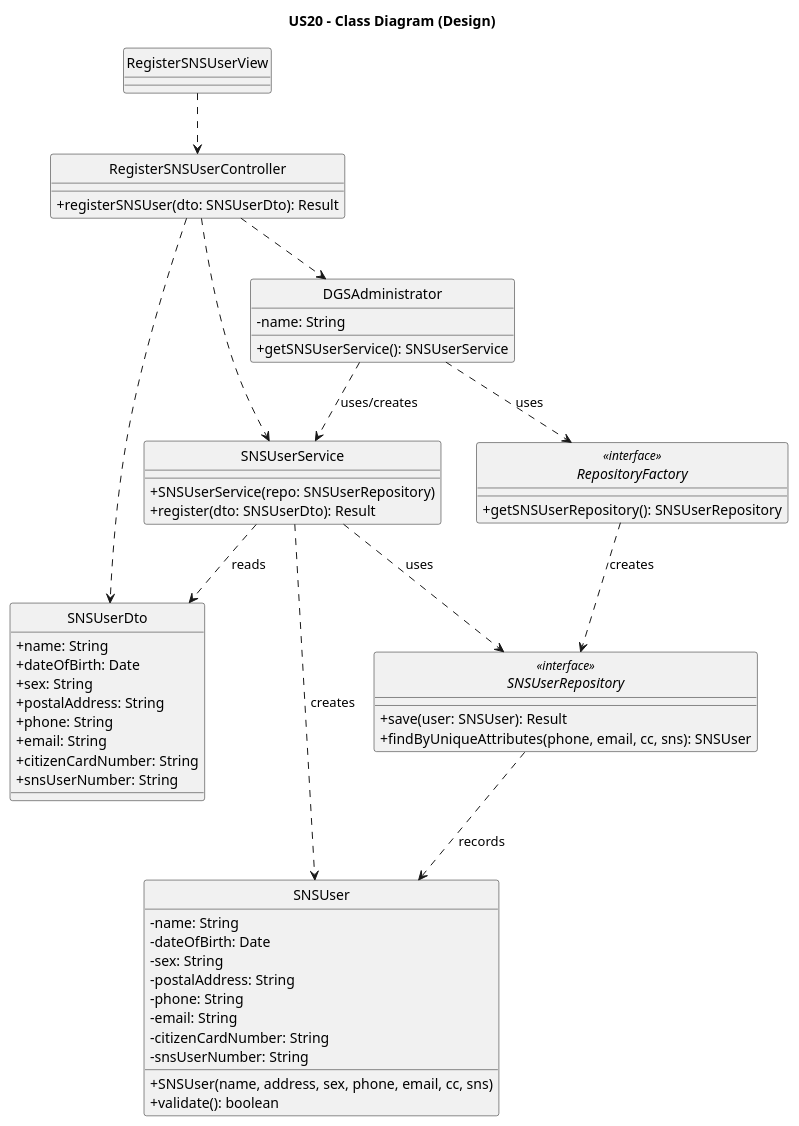
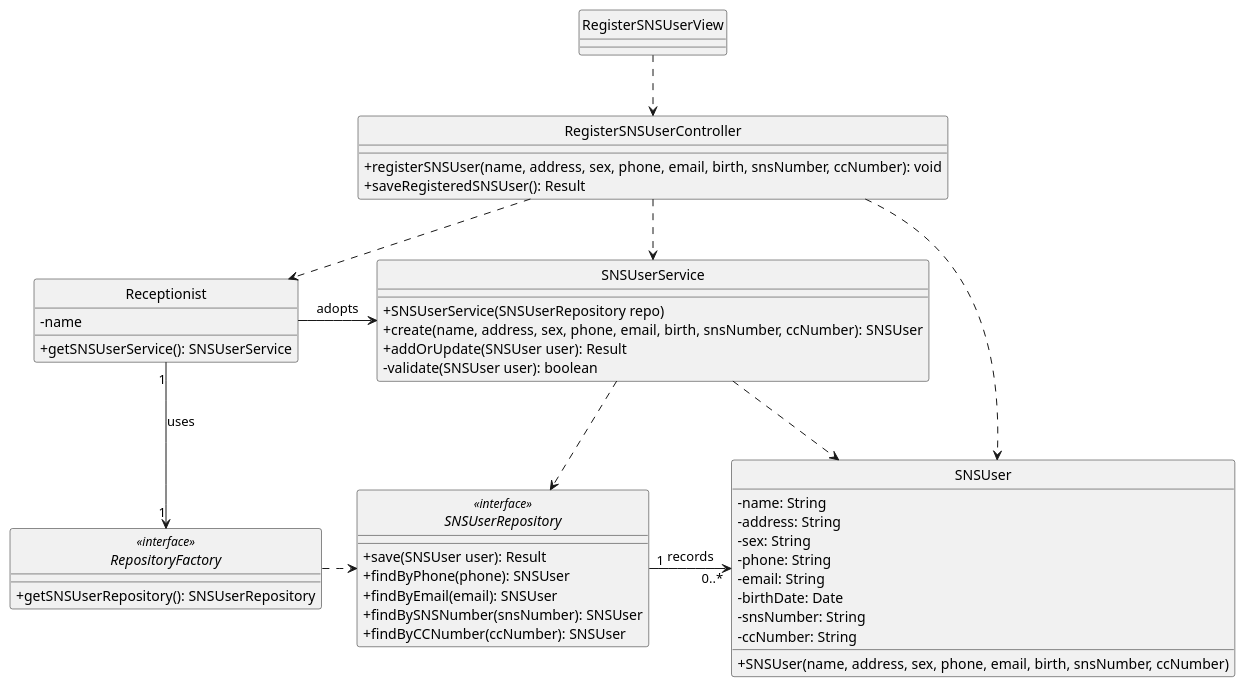
The diagram in docs/system-documentation/US20/puml/US20-CD.puml (luluisfcm/leti-esoft-25-26-B5), drawn with PlantUML before and after one commit. The commit also changed 19 other files, not shown here.

```diff
--- a/docs/system-documentation/US20/puml/US20-CD.puml
+++ b/docs/system-documentation/US20/puml/US20-CD.puml
@@ -1,74 +1,64 @@
 @startuml
-title US20 - Class Diagram (Design)
+'https://plantuml.com/class-diagram
+
 hide circle
 skinparam classAttributeIconSize 0
-allow_mixing
 
 class RegisterSNSUserView {
 }
 
 class RegisterSNSUserController {
-    + registerSNSUser(dto: SNSUserDto): Result
+    +registerSNSUser(name, address, sex, phone, email, birth, snsNumber, ccNumber): void
+    +saveRegisteredSNSUser(): Result
 }
 
-class DGSAdministrator {
-    - name: String
-    + getSNSUserService(): SNSUserService
+class Receptionist {
+    - name
+    +getSNSUserService(): SNSUserService
 }
 
 class SNSUserService {
-    + SNSUserService(repo: SNSUserRepository)
-    + register(dto: SNSUserDto): Result
-}
-
-class SNSUserDto {
-    + name: String
-    + dateOfBirth: Date
-    + sex: String
-    + postalAddress: String
-    + phone: String
-    + email: String
-    + citizenCardNumber: String
-    + snsUserNumber: String
+    +SNSUserService(SNSUserRepository repo)
+    +create(name, address, sex, phone, email, birth, snsNumber, ccNumber): SNSUser
+    +addOrUpdate(SNSUser user): Result
+    -validate(SNSUser user): boolean
 }
 
 interface SNSUserRepository <<interface>> {
-    + save(user: SNSUser): Result
-    + findByUniqueAttributes(phone, email, cc, sns): SNSUser
+    +save(SNSUser user): Result
+    +findByPhone(phone): SNSUser
+    +findByEmail(email): SNSUser
+    +findBySNSNumber(snsNumber): SNSUser
+    +findByCCNumber(ccNumber): SNSUser
 }
 
 interface RepositoryFactory <<interface>> {
-    + getSNSUserRepository(): SNSUserRepository
+    +getSNSUserRepository(): SNSUserRepository
 }
 
 class SNSUser {
     - name: String
-    - dateOfBirth: Date
+    - address: String
     - sex: String
-    - postalAddress: String
     - phone: String
     - email: String
-    - citizenCardNumber: String
-    - snsUserNumber: String
-    + SNSUser(name, address, sex, phone, email, cc, sns)
-    + validate(): boolean
+    - birthDate: Date
+    - snsNumber: String
+    - ccNumber: String
+    +SNSUser(name, address, sex, phone, email, birth, snsNumber, ccNumber)
 }
 
-' Relações Estruturais (Iguais à tua imagem)
+Receptionist "1" -down-> "1" RepositoryFactory: uses
+SNSUserRepository "1" -right-> "0..*" SNSUser: records
+
 RegisterSNSUserView ..> RegisterSNSUserController
-RegisterSNSUserController ..> DGSAdministrator
+RegisterSNSUserController ..> Receptionist
 RegisterSNSUserController ..> SNSUserService
-RegisterSNSUserController ..> SNSUserDto
+SNSUserService ..> SNSUserRepository
+SNSUserService ..> SNSUser
+RegisterSNSUserController ..> SNSUser
 
-DGSAdministrator ..> SNSUserService : uses/creates
-DGSAdministrator ..> RepositoryFactory : uses
-
-SNSUserService ..> SNSUserRepository : uses
-SNSUserService ..> SNSUser : creates
-SNSUserService ..> SNSUserDto : reads
-
-RepositoryFactory ..> SNSUserRepository : creates
-
-SNSUserRepository ..> SNSUser : records
+Receptionist -> SNSUserService: adopts
+RepositoryFactory .right.> SNSUserRepository
 
 @enduml
```
